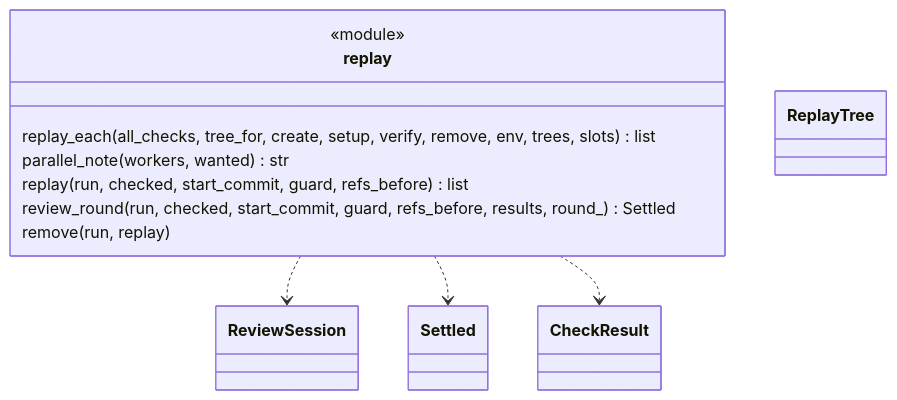
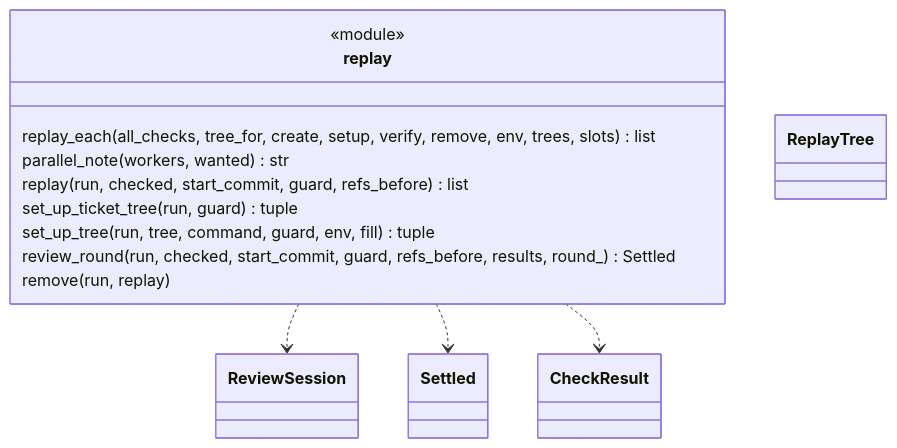
One commit to plaplanche/ariane changed the second of 3 diagrams in docs/architecture/modules/replay.md. Above: the diagram before and after it, drawn with Mermaid. The commit also changed other lines of this file and 23 other files, not shown here.

````diff
--- a/docs/architecture/modules/replay.md
+++ b/docs/architecture/modules/replay.md
@@ -49,18 +54,20 @@
 ```mermaid
 classDiagram
 class replay {
   <<module>>
   replay_each(all_checks, tree_for, create, setup, verify, remove, env, trees, slots) list
   parallel_note(workers, wanted) str
   replay(run, checked, start_commit, guard, refs_before) list
+  set_up_ticket_tree(run, guard) tuple
+  set_up_tree(run, tree, command, guard, env, fill) tuple
   review_round(run, checked, start_commit, guard, refs_before, results, round_) Settled
   remove(run, replay)
 }
 class ReplayTree
 class ReviewSession
 class Settled
 class CheckResult
 replay ..> ReviewSession
 replay ..> Settled
 replay ..> CheckResult
 ```
````
